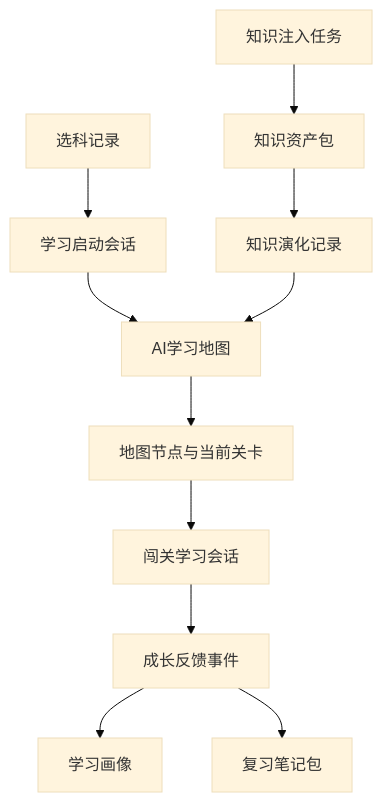
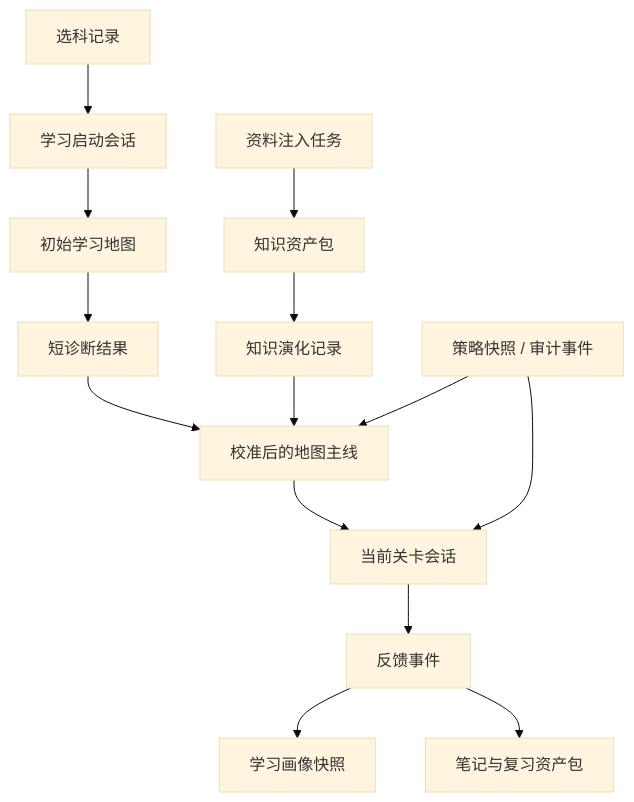
Before and after one commit to chenqsq/doc-showcase: the third of 3 diagrams in doc/作品文档/04-总体架构与技术选型.md, drawn with Mermaid (base theme). The commit also changed other lines of this file, not shown here.

````diff
--- a/doc/作品文档/04-总体架构与技术选型.md
+++ b/doc/作品文档/04-总体架构与技术选型.md
@@ -95,13 +214,16 @@
 ```mermaid
 flowchart TD
-    A[选科记录] --> B[学习启动会话]
-    B --> C[AI学习地图]
-    C --> D[地图节点与当前关卡]
-    D --> E[闯关学习会话]
-    E --> F[成长反馈事件]
-    F --> G[学习画像]
-    F --> H[复习笔记包]
-    I[知识注入任务] --> J[知识资产包]
-    J --> K[知识演化记录]
-    K --> C
+    A["选科记录"] --> B["学习启动会话"]
+    B --> C["初始学习地图"]
+    C --> D["短诊断结果"]
+    D --> E["校准后的地图主线"]
+    E --> F["当前关卡会话"]
+    F --> G["反馈事件"]
+    G --> H["学习画像快照"]
+    G --> I["笔记与复习资产包"]
+    J["资料注入任务"] --> K["知识资产包"]
+    K --> L["知识演化记录"]
+    L --> E
+    M["策略快照 / 审计事件"] --> E
+    M --> F
 ```
````
